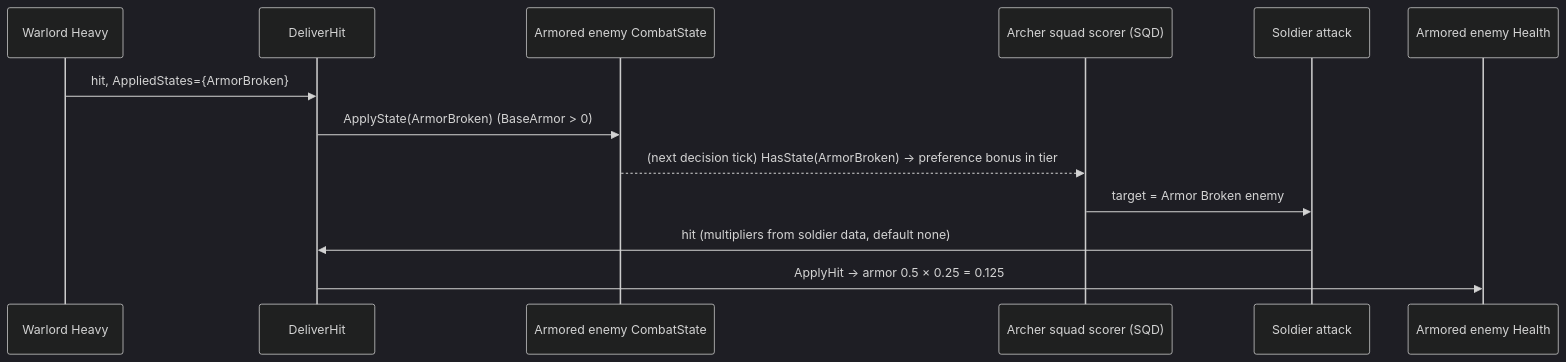
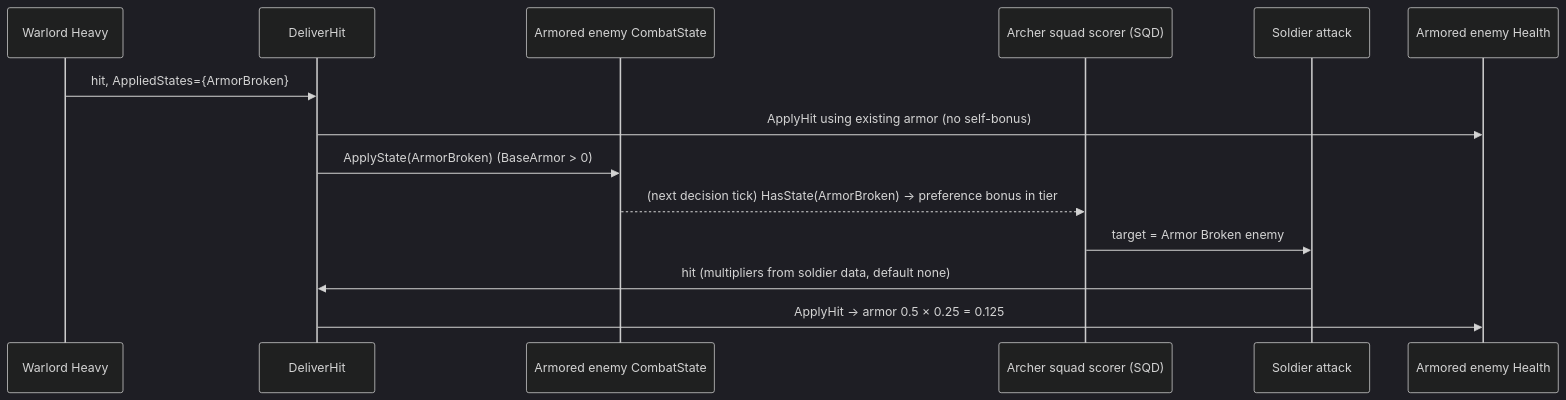
One commit to caodinhminhnhat230199/castle_defender changed the second of 3 diagrams in ai/game/04-battlefield-synergy/technical-plan.md. Above: the diagram before and after it, drawn with Mermaid (dark theme). The commit also changed other lines of this file and 282 other files, not shown here.

````diff
--- a/ai/game/04-battlefield-synergy/technical-plan.md
+++ b/ai/game/04-battlefield-synergy/technical-plan.md
@@ -167,15 +169,16 @@
 ```mermaid
 sequenceDiagram
   participant H as Warlord Heavy
   participant D as DeliverHit
   participant CS as Armored enemy CombatState
   participant SQ as Archer squad scorer (SQD)
   participant S as Soldier attack
   participant HC as Armored enemy Health
   H->>D: hit, AppliedStates={ArmorBroken}
+  D->>HC: ApplyHit using existing armor (no self-bonus)
   D->>CS: ApplyState(ArmorBroken) (BaseArmor > 0)
   CS-->>SQ: (next decision tick) HasState(ArmorBroken) → preference bonus in tier
   SQ->>S: target = Armor Broken enemy
   S->>D: hit (multipliers from soldier data, default none)
   D->>HC: ApplyHit → armor 0.5 × 0.25 = 0.125
 ```
````
